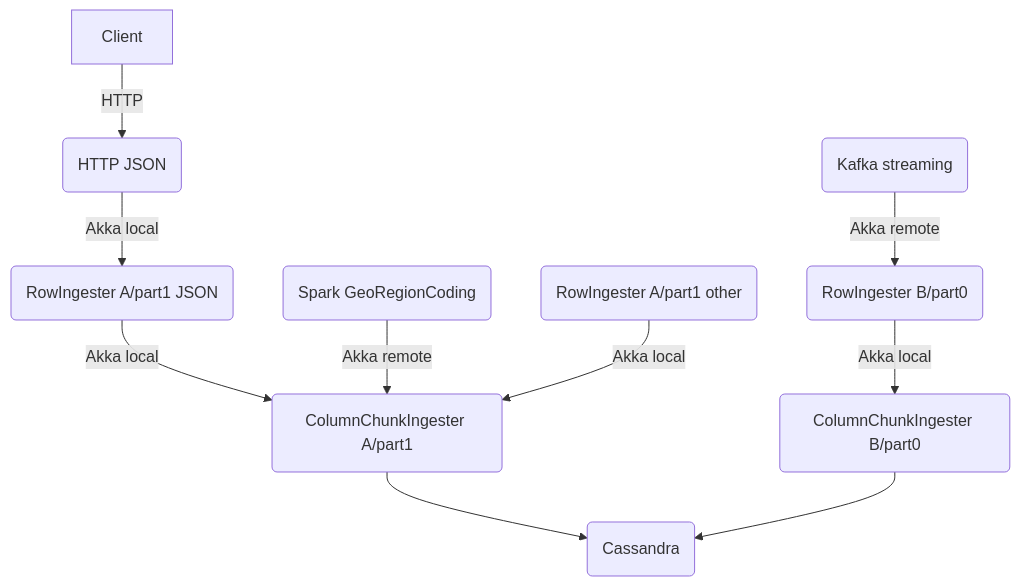
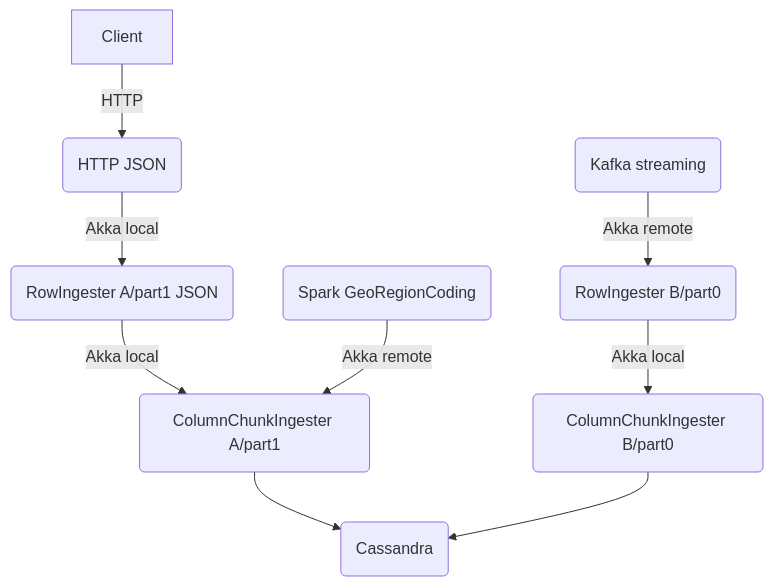
Before and after one commit to filodb/FiloDB: the diagram in doc/ingestion-architecture.mermaid, drawn with Mermaid. The commit also changed 2 other files, not shown here.

Commit message:
Update ingestion diagram a little bit

```diff
--- a/doc/ingestion-architecture.mermaid
+++ b/doc/ingestion-architecture.mermaid
@@ -1,15 +1,13 @@
 graph TB
   RI1(RowIngester A/part1 JSON)
-  RI2(RowIngester A/part1 other)
   RI3(RowIngester B/part0)
   CI1(ColumnChunkIngester A/part1)
   CI2(ColumnChunkIngester B/part0)
   H(HTTP JSON) -->|Akka local| RI1
   RI1 -->|Akka local| CI1
   Spark(Spark GeoRegionCoding) -->|Akka remote| CI1
-  RI2 -->|Akka local| CI1
   K(Kafka streaming) -->|Akka remote| RI3
   RI3 -->|Akka local| CI2
   Client -->|HTTP| H
   CI1 --> C(Cassandra)
   CI2 --> C
```
